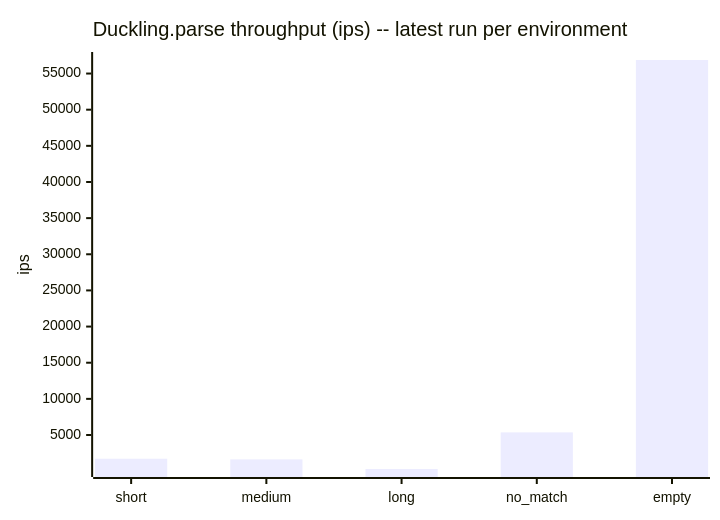
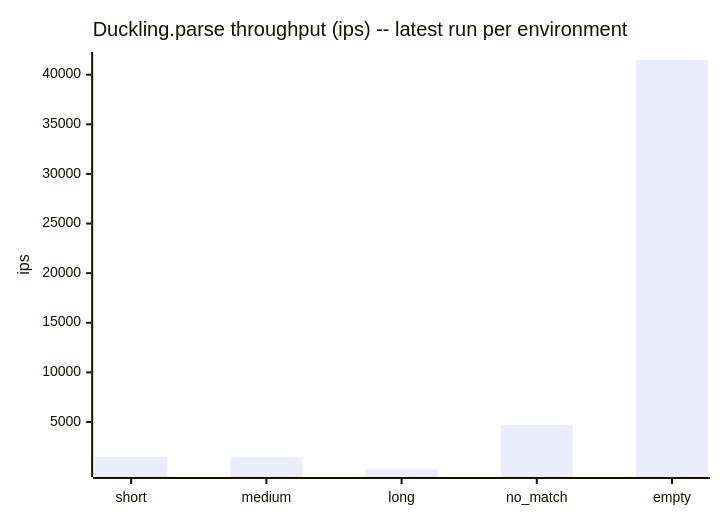
The first of 2 diagrams in docs/benchmarks/README.md (cpb/duckling), drawn with Mermaid before and after one commit. The commit also changed other lines of this file and 3 other files, not shown here.

````diff
--- a/docs/benchmarks/README.md
+++ b/docs/benchmarks/README.md
@@ -36,7 +37,7 @@
 ```mermaid
 xychart-beta
     title "Duckling.parse throughput (ips) -- latest run per environment"
     x-axis [short, medium, long, no_match, empty]
     y-axis "ips"
-    bar "local" [1719.6, 1627.0, 297.9, 5360.4, 56873.1]
+    bar "local" [1474.4, 1448.1, 265.1, 4686.9, 41481.2]
 ```
````
